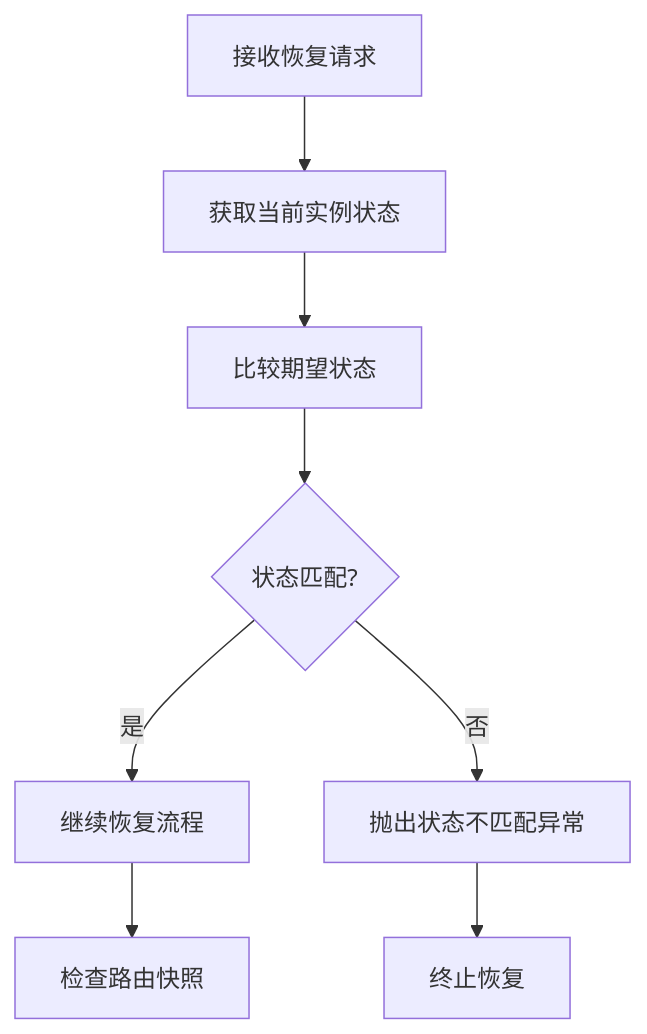
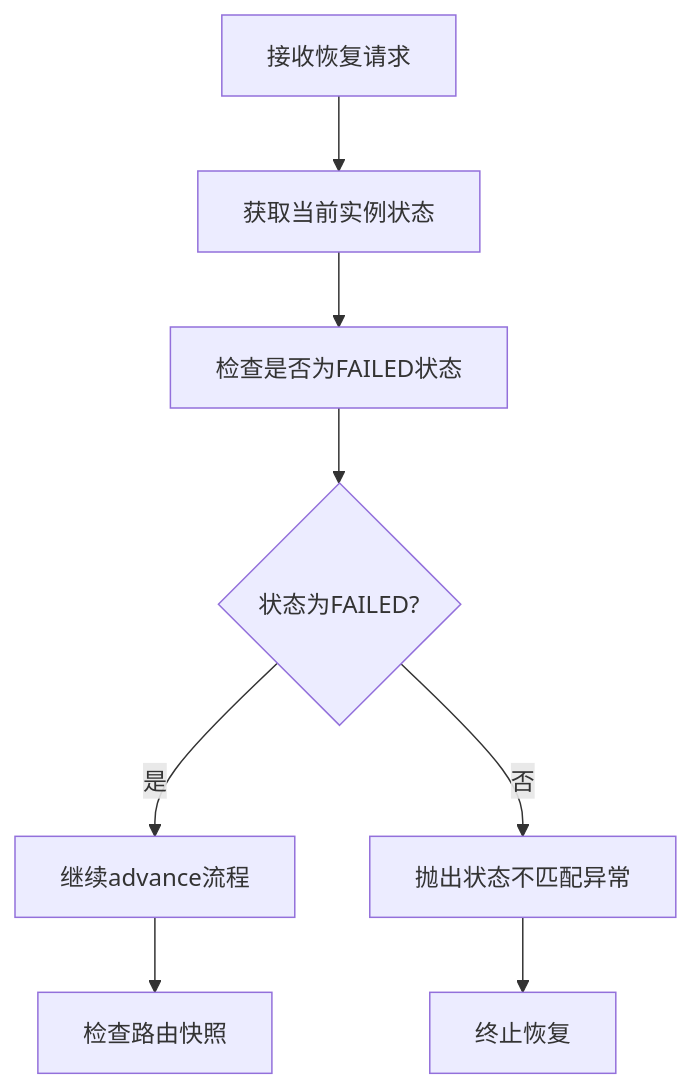
Before and after one commit to xiaoche80s-tech/state-machine-parent: the sixth of 18 diagrams in .qoder/repowiki/zh/content/快照与恢复/实例恢复机制.md, drawn with Mermaid. The commit also changed other lines of this file and 7 other files, not shown here.

````diff
--- a/.qoder/repowiki/zh/content/快照与恢复/实例恢复机制.md
+++ b/.qoder/repowiki/zh/content/快照与恢复/实例恢复机制.md
@@ -223,10 +239,10 @@
 ```mermaid
 flowchart TD
 A[接收恢复请求] --> B[获取当前实例状态]
-B --> C[比较期望状态]
-C --> D{状态匹配?}
-D --> |是| E[继续恢复流程]
+B --> C[检查是否为FAILED状态]
+C --> D{状态为FAILED?}
+D --> |是| E[继续advance流程]
 D --> |否| F[抛出状态不匹配异常]
 E --> G[检查路由快照]
 F --> H[终止恢复]
 ```
````
